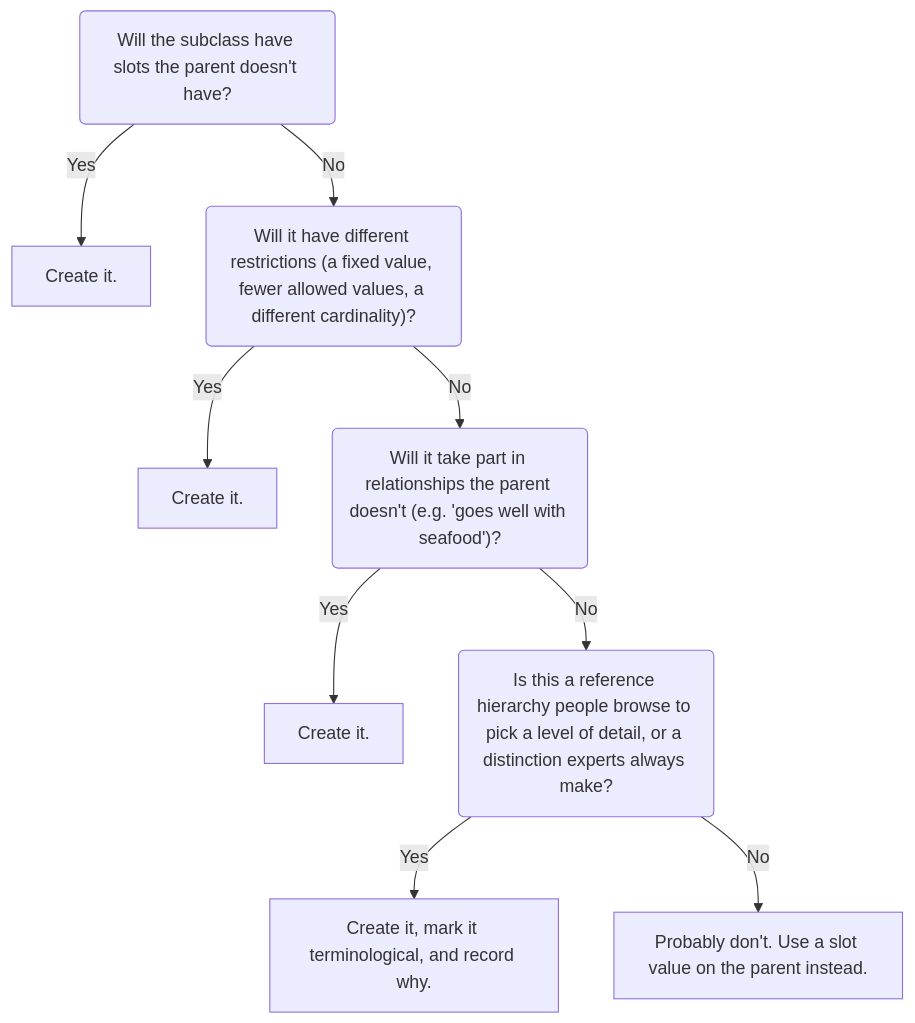
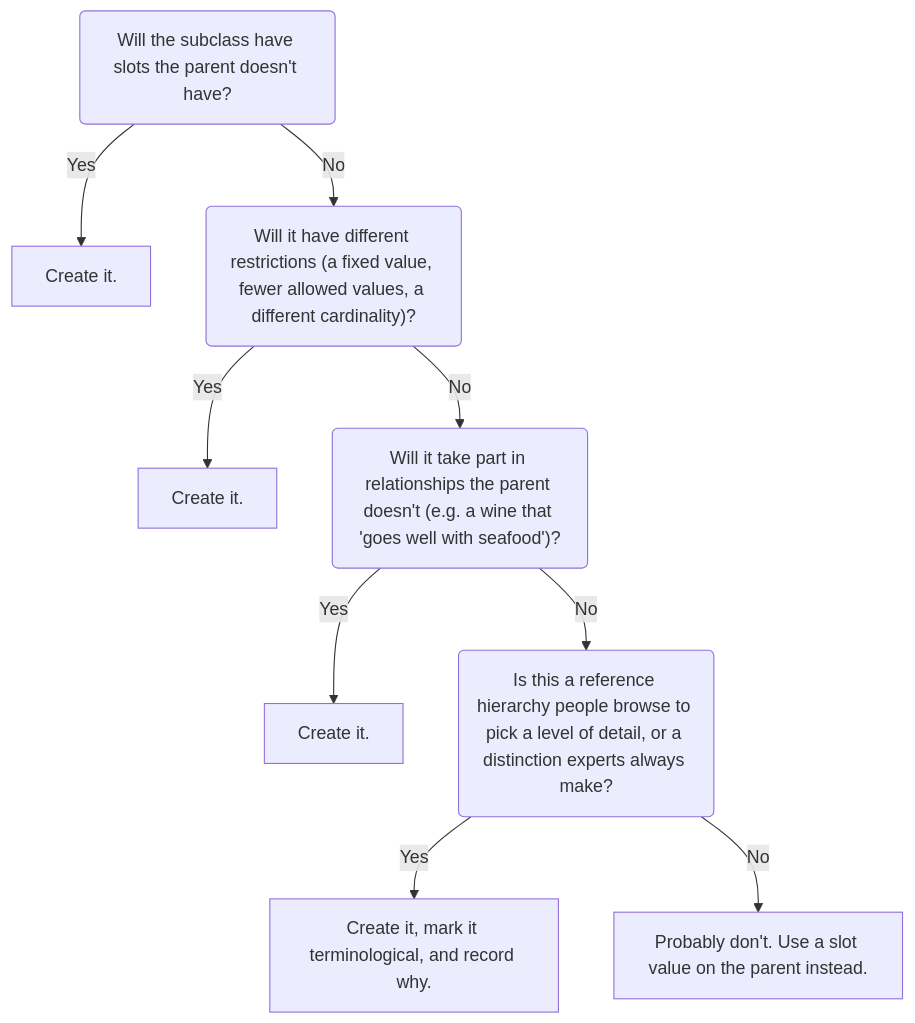
Before and after one commit to alanbsmith/ontology-kit: the third of 10 diagrams in docs/DECISIONS.md, drawn with Mermaid. The commit also changed other lines of this file and 6 other files, not shown here.

````diff
--- a/docs/DECISIONS.md
+++ b/docs/DECISIONS.md
@@ -108,22 +164,22 @@
 ```mermaid
 flowchart TD
   accTitle: Should I introduce a new subclass here?
-  accDescr: A flowchart of 4 yes or no questions, asked in order: 1. Will the subclass have slots the parent doesn't have? 2. Will it have different restrictions (a fixed value, fewer allowed values, a different cardinality)? 3. Will it take part in relationships the parent doesn't (e.g. 'goes well with seafood')? 4. Is this a reference hierarchy people browse to pick a level of detail, or a distinction experts always make? Each answer leads to an outcome or to the next question. The numbered list below gives the same steps as text.
+  accDescr: A flowchart of 4 yes or no questions, asked in order: 1. Will the subclass have slots the parent doesn't have? 2. Will it have different restrictions (a fixed value, fewer allowed values, a different cardinality)? 3. Will it take part in relationships the parent doesn't (e.g. a wine that 'goes well with seafood')? 4. Is this a reference hierarchy people browse to pick a level of detail, or a distinction experts always make? Each answer leads to an outcome or to the next question. The same steps are available as text.
   Q1("Will the subclass have slots the parent doesn't have?")
   Q1Y["Create it."]
   Q1 -->|Yes| Q1Y
   Q1 -->|No| Q2
   Q2("Will it have different restrictions #40;a fixed value, fewer allowed values, a different cardinality#41;?")
   Q2Y["Create it."]
   Q2 -->|Yes| Q2Y
   Q2 -->|No| Q3
-  Q3("Will it take part in relationships the parent doesn't #40;e.g. 'goes well with seafood'#41;?")
+  Q3("Will it take part in relationships the parent doesn't #40;e.g. a wine that 'goes well with seafood'#41;?")
   Q3Y["Create it."]
   Q3 -->|Yes| Q3Y
   Q3 -->|No| Q4
   Q4("Is this a reference hierarchy people browse to pick a level of detail, or a distinction experts always make?")
   Q4Y["Create it, mark it terminological, and record why."]
   Q4 -->|Yes| Q4Y
   Q4N["Probably don't. Use a slot value on the parent instead."]
   Q4 -->|No| Q4N
 ```
````
